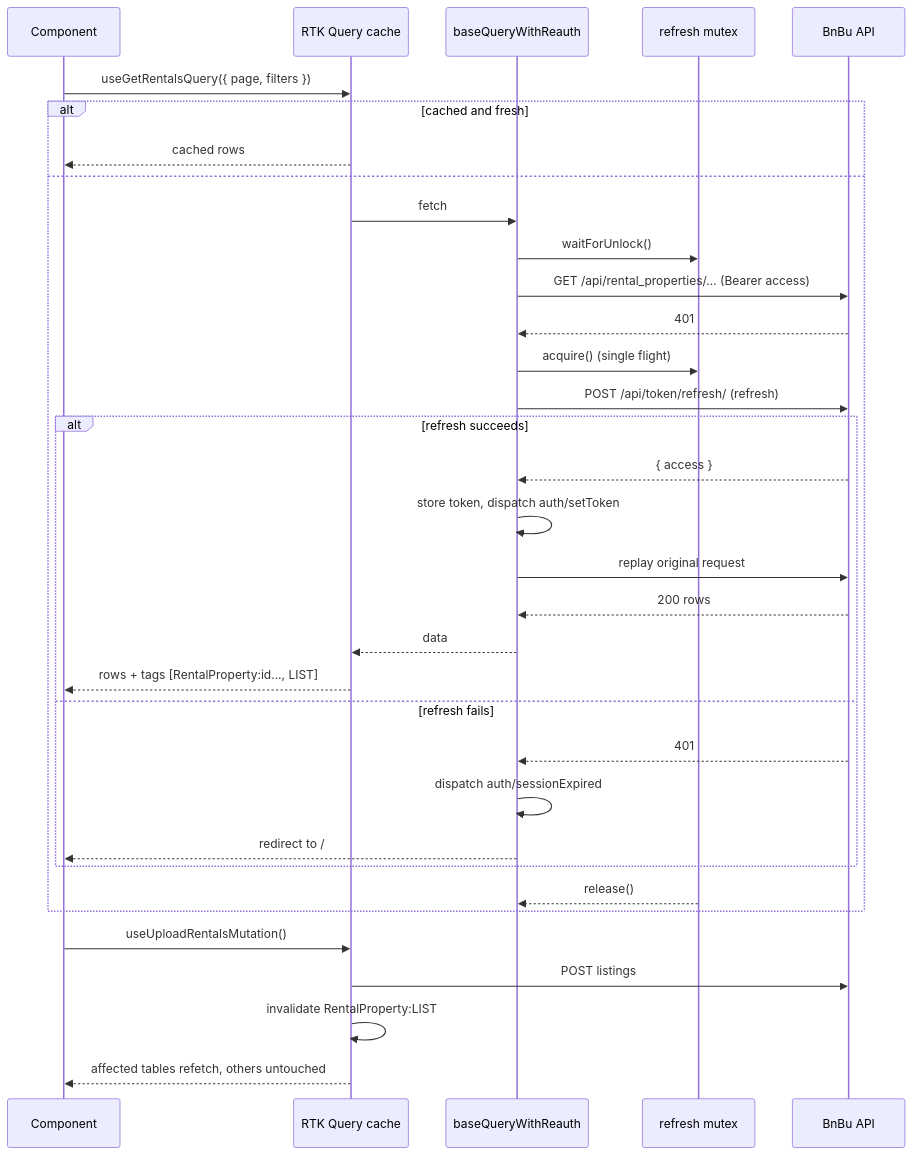
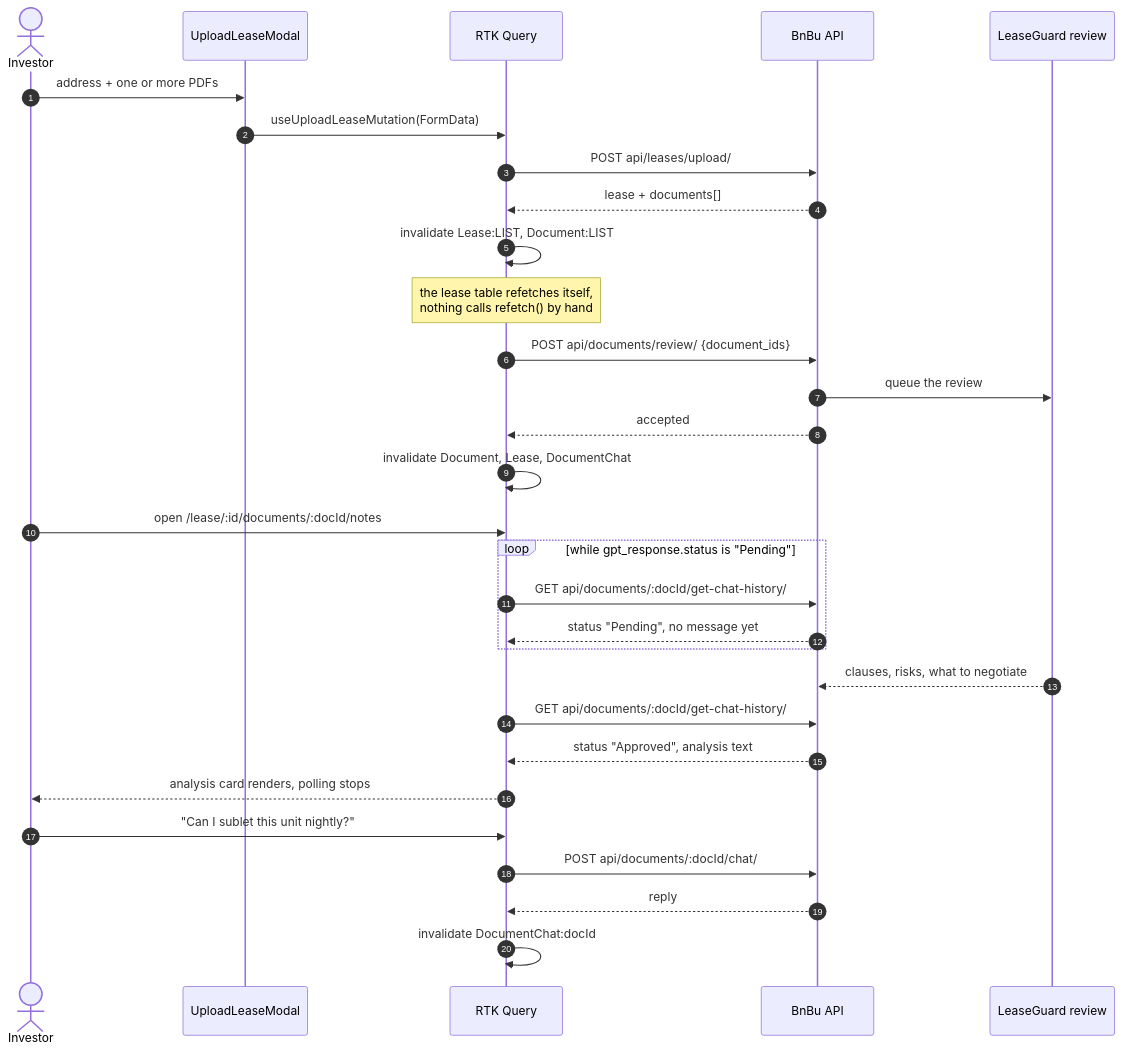
Before and after one commit to dev-sas002/bnbu_frontend_app: the first of 2 diagrams in README.md, drawn with Mermaid. The commit also changed other lines of this file, not shown here.

````diff
--- a/README.md
+++ b/README.md
@@ -92,38 +53,36 @@
 ```mermaid
 sequenceDiagram
-    participant C as Component
-    participant Q as RTK Query cache
-    participant B as baseQueryWithReauth
-    participant M as refresh mutex
+    autonumber
+    actor U as Investor
+    participant M as UploadLeaseModal
+    participant Q as RTK Query
     participant API as BnBu API
+    participant AI as LeaseGuard review
 
-    C->>Q: useGetRentalsQuery({ page, filters })
-    alt cached and fresh
-        Q-->>C: cached rows
-    else
-        Q->>B: fetch
-        B->>M: waitForUnlock()
-        B->>API: GET /api/rental_properties/… (Bearer access)
-        API-->>B: 401
-        B->>M: acquire() (single flight)
-        B->>API: POST /api/token/refresh/ (refresh)
-        alt refresh succeeds
-            API-->>B: { access }
-            B->>B: store token, dispatch auth/setToken
-            B->>API: replay original request
-            API-->>B: 200 rows
-            B-->>Q: data
-            Q-->>C: rows + tags [RentalProperty:id…, LIST]
-        else refresh fails
-            API-->>B: 401
-            B->>B: dispatch auth/sessionExpired
-            B-->>C: redirect to /
-        end
-        M-->>B: release()
+    U->>M: address + one or more PDFs
+    M->>Q: useUploadLeaseMutation(FormData)
+    Q->>API: POST api/leases/upload/
+    API-->>Q: lease + documents[]
+    Q->>Q: invalidate Lease:LIST, Document:LIST
+    Note over Q: the lease table refetches itself,<br/>nothing calls refetch() by hand
+
+    Q->>API: POST api/documents/review/ {document_ids}
+    API->>AI: queue the review
+    API-->>Q: accepted
+    Q->>Q: invalidate Document, Lease, DocumentChat
+
+    U->>Q: open /lease/:id/documents/:docId/notes
+    loop while gpt_response.status is "Pending"
+        Q->>API: GET api/documents/:docId/get-chat-history/
+        API-->>Q: status "Pending", no message yet
     end
+    AI-->>API: clauses, risks, what to negotiate
+    Q->>API: GET api/documents/:docId/get-chat-history/
+    API-->>Q: status "Approved", analysis text
+    Q-->>U: analysis card renders, polling stops
 
-    C->>Q: useUploadRentalsMutation()
-    Q->>API: POST listings
-    Q->>Q: invalidate RentalProperty:LIST
-    Q-->>C: affected tables refetch, others untouched
+    U->>Q: "Can I sublet this unit nightly?"
+    Q->>API: POST api/documents/:docId/chat/
+    API-->>Q: reply
+    Q->>Q: invalidate DocumentChat:docId
 ```
````
